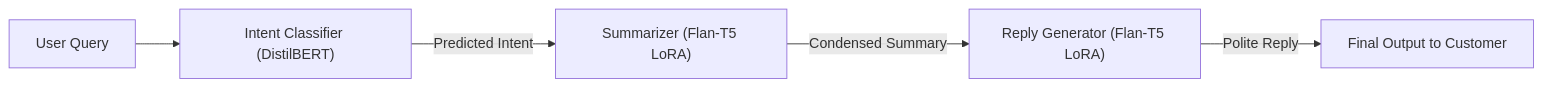
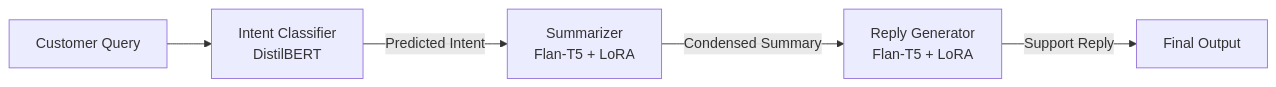
The diagram in README.md (AjaySreekumar47/customer-support-nlp-llm-pipeline), drawn with Mermaid before and after one commit. The commit also changed other lines of this file and 2 other files, not shown here.

`````diff
--- a/README.md
+++ b/README.md
@@ -10,7 +11,7 @@
 ```mermaid
 flowchart LR
-    A[User Query] --> B["Intent Classifier (DistilBERT)"]
-    B -->|Predicted Intent| C["Summarizer (Flan-T5 LoRA)"]
-    C -->|Condensed Summary| D["Reply Generator (Flan-T5 LoRA)"]
-    D -->|Polite Reply| E[Final Output to Customer]
-```
+    A[Customer Query] --> B["Intent Classifier<br/>DistilBERT"]
+    B -->|Predicted Intent| C["Summarizer<br/>Flan-T5 + LoRA"]
+    C -->|Condensed Summary| D["Reply Generator<br/>Flan-T5 + LoRA"]
+    D -->|Support Reply| E[Final Output]
+````
`````
